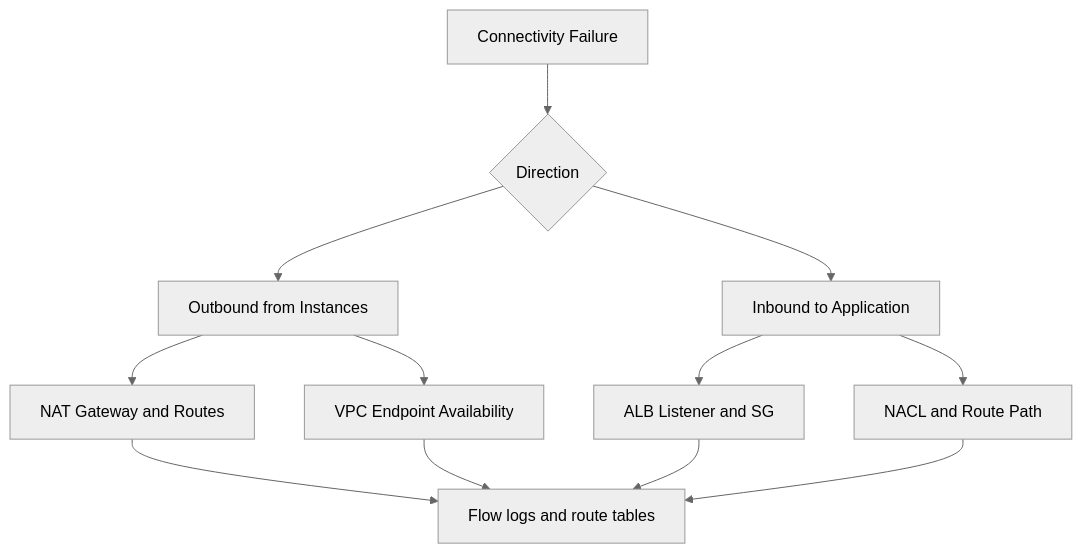
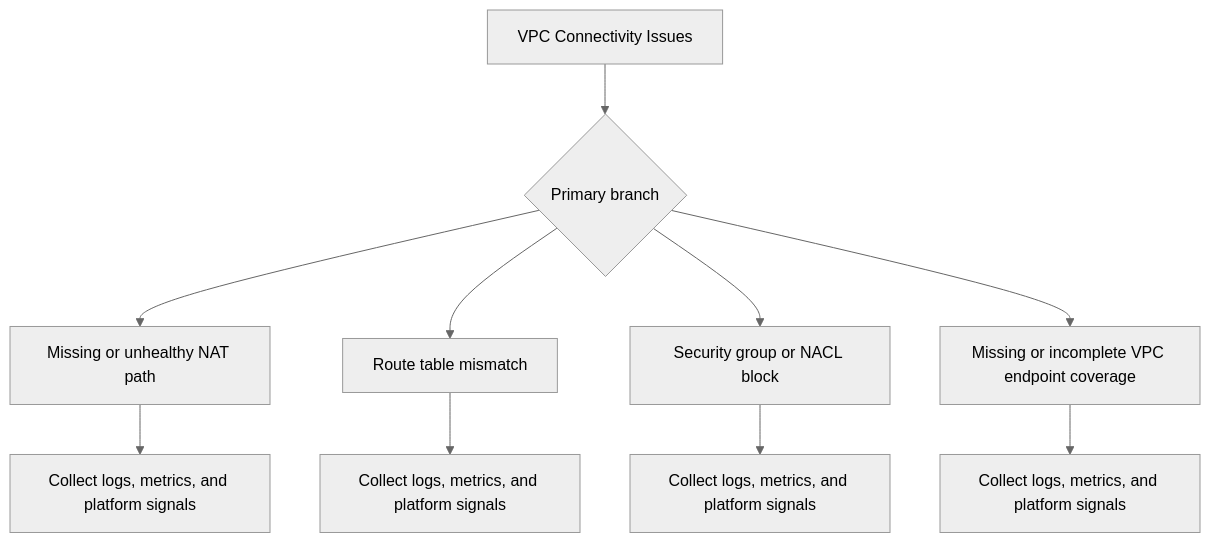
The first of 2 diagrams in docs/troubleshooting/playbooks/networking/vpc-connectivity-issues.md (yeongseon/aws-elastic-beanstalk-practical-guide), drawn with Mermaid (neutral theme) before and after one commit. The commit also changed other lines of this file and 223 other files, not shown here.

````diff
--- a/docs/troubleshooting/playbooks/networking/vpc-connectivity-issues.md
+++ b/docs/troubleshooting/playbooks/networking/vpc-connectivity-issues.md
@@ -12,14 +6,12 @@
 ```mermaid
 flowchart TD
-    A[Connectivity Failure] --> B{Direction}
-    B --> C[Outbound from Instances]
-    B --> D[Inbound to Application]
-    C --> E[NAT Gateway and Routes]
-    C --> F[VPC Endpoint Availability]
-    D --> G[ALB Listener and SG]
-    D --> H[NACL and Route Path]
-    E --> I[Flow logs and route tables]
-    F --> I
-    G --> I
-    H --> I
+    A[VPC Connectivity Issues] --> B{Primary branch}
+    B --> C1[Missing or unhealthy NAT path]
+    C1 --> D1[Collect logs, metrics, and platform signals]
+    B --> C2[Route table mismatch]
+    C2 --> D2[Collect logs, metrics, and platform signals]
+    B --> C3[Security group or NACL block]
+    C3 --> D3[Collect logs, metrics, and platform signals]
+    B --> C4[Missing or incomplete VPC endpoint coverage]
+    C4 --> D4[Collect logs, metrics, and platform signals]
 ```
````
